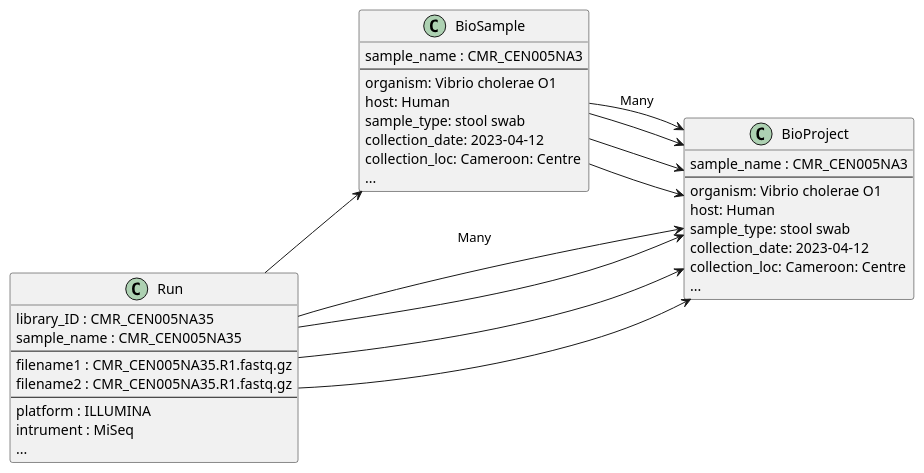
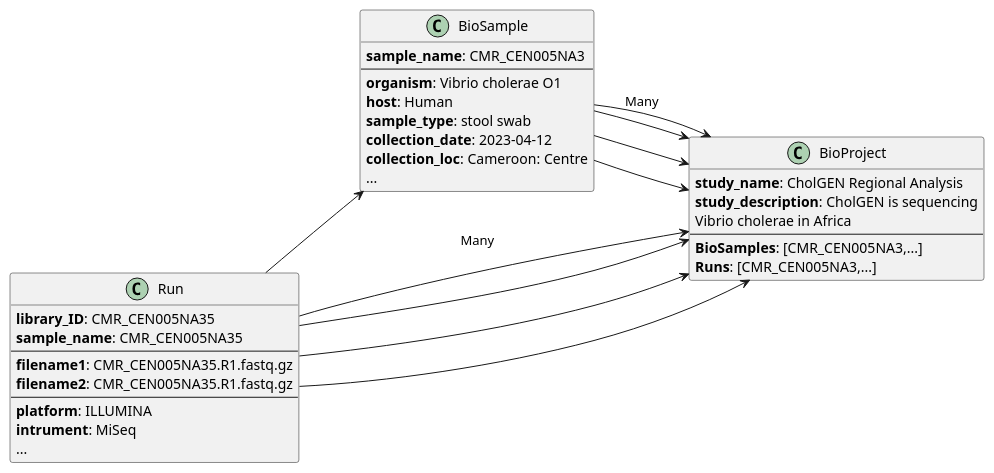
The diagram in Writerside/topics/submitting-to-ncbi-sra.md (CholGen/bacpage-resources), drawn with PlantUML before and after one commit. The commit also changed other lines of this file, not shown here.

Commit message:
Wrap those signs.

```diff
--- a/Writerside/topics/submitting-to-ncbi-sra.md
+++ b/Writerside/topics/submitting-to-ncbi-sra.md
@@ -5,47 +6,44 @@
     @startuml
     left to right direction
     class Run {
-    library_ID : CMR_CEN005NA35
-    sample_name : CMR_CEN005NA35
+    <b>library_ID</b>: CMR_CEN005NA35
+    <b>sample_name</b>: CMR_CEN005NA35
     ---
-    filename1 : CMR_CEN005NA35.R1.fastq.gz
-    filename2 : CMR_CEN005NA35.R1.fastq.gz
+    <b>filename1</b>: CMR_CEN005NA35.R1.fastq.gz
+    <b>filename2</b>: CMR_CEN005NA35.R1.fastq.gz
     ---
-    platform : ILLUMINA
-    intrument : MiSeq
+    <b>platform</b>: ILLUMINA
+    <b>intrument</b>: MiSeq
     ...
     }
     
     class BioSample {
-    sample_name : CMR_CEN005NA3
+    <b>sample_name</b>: CMR_CEN005NA3
     ---
-    organism: Vibrio cholerae O1
-    host: Human
-    sample_type: stool swab
-    collection_date: 2023-04-12
-    collection_loc: Cameroon: Centre
+    <b>organism</b>: Vibrio cholerae O1
+    <b>host</b>: Human
+    <b>sample_type</b>: stool swab
+    <b>collection_date</b>: 2023-04-12
+    <b>collection_loc</b>: Cameroon: Centre
     ...
     }
     
     class BioProject {
-    sample_name : CMR_CEN005NA3
+    <b>study_name</b>: CholGEN Regional Analysis
+    <b>study_description</b>: CholGEN is sequencing\nVibrio cholerae in Africa
     ---
-    organism: Vibrio cholerae O1
-    host: Human
-    sample_type: stool swab
-    collection_date: 2023-04-12
-    collection_loc: Cameroon: Centre
-    ...
+    <b>BioSamples</b>: [CMR_CEN005NA3,...]
+    <b>Runs</b>: [CMR_CEN005NA3,...]
     }
     
     Run-->BioSample
     Run-->BioProject : Many
     Run-->BioProject
     Run-->BioProject
     Run-->BioProject
     BioSample-->BioProject : Many
     BioSample-->BioProject
     BioSample-->BioProject
     BioSample-->BioProject
     
     @enduml
```
